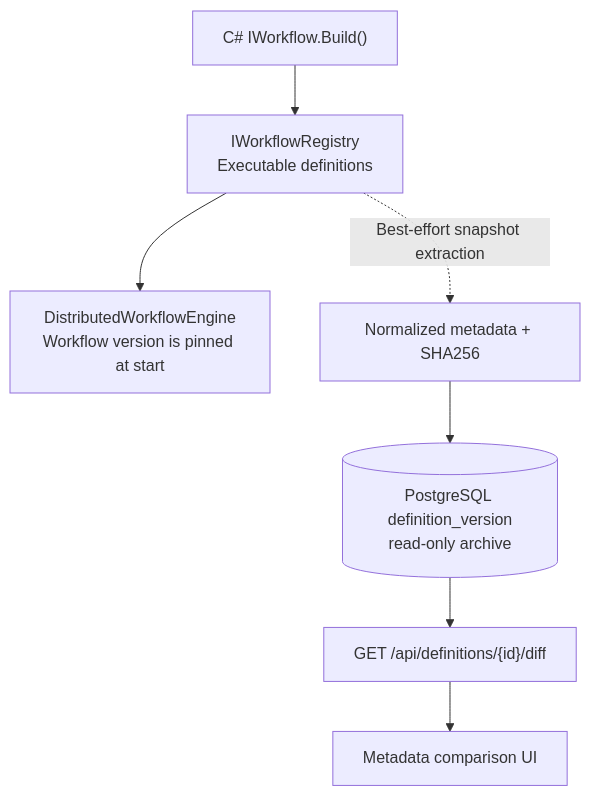
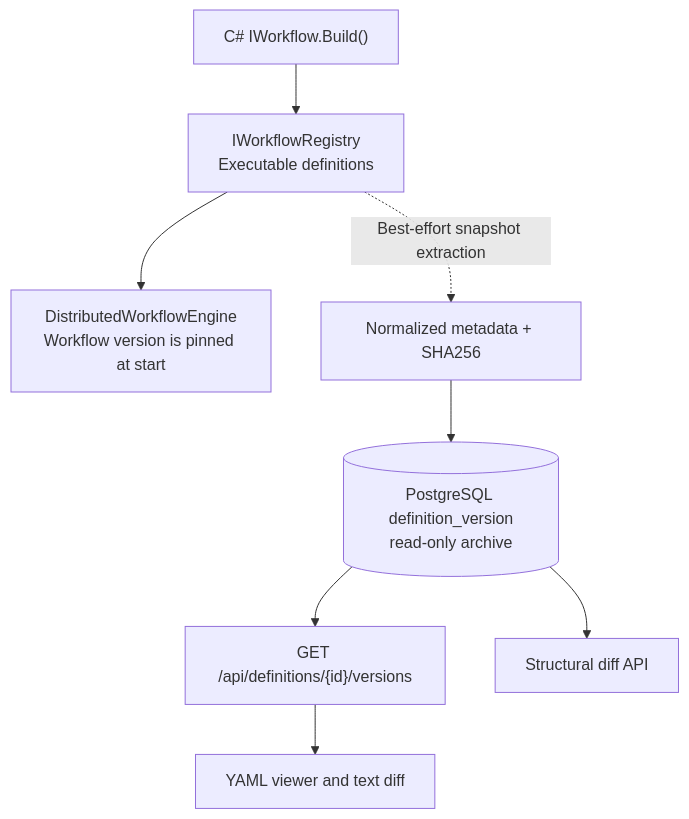
The diagram in scaling/docs/definition-version-management.md (thanhhaictld/workflow-core), drawn with Mermaid before and after one commit. The commit also changed other lines of this file and 10 other files, not shown here.

First line of the commit message:
feat: Add YAML viewing and text comparison for workflow definitions

```diff
--- a/scaling/docs/definition-version-management.md
+++ b/scaling/docs/definition-version-management.md
@@ -17,12 +18,13 @@
 ~~~mermaid
 flowchart TD
   CS["C# IWorkflow<TData>.Build()"] --> Registry["IWorkflowRegistry
 Executable definitions"]
   Registry --> Runtime["DistributedWorkflowEngine
 Workflow version is pinned at start"]
   Registry -. "Best-effort snapshot extraction" .-> Snapshot["Normalized metadata + SHA256"]
   Snapshot --> Postgres[("PostgreSQL definition_version
 read-only archive")]
-  Postgres --> Diff["GET /api/definitions/{id}/diff"]
-  Diff --> UI["Metadata comparison UI"]
+  Postgres --> Versions["GET /api/definitions/{id}/versions"]
+  Versions --> UI["YAML viewer and text diff"]
+  Postgres --> Diff["Structural diff API"]
 ~~~
```
